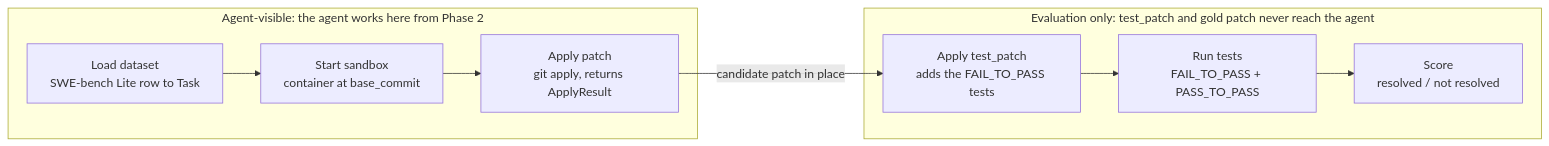
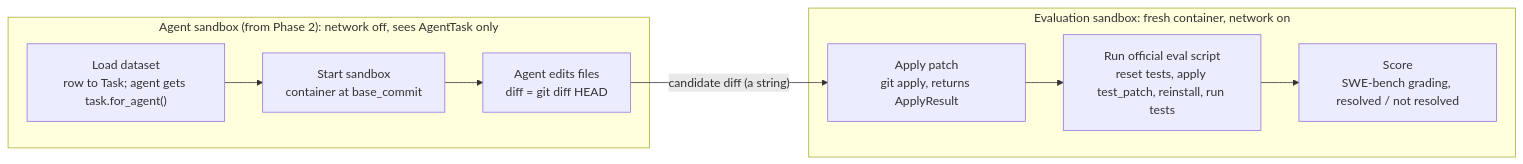
Before and after one commit to chuongtran01/coding-agent: the diagram in docs/PHASE1.md, drawn with Mermaid. The commit also changed other lines of this file and 2 other files, not shown here.

Commit message:
Update PHASE1, PLAN and README for Phase 1 completion

````diff
--- a/docs/PHASE1.md
+++ b/docs/PHASE1.md
@@ -37,12 +35,12 @@
 ```mermaid
 flowchart LR
-    subgraph agent["Agent-visible: the agent works here from Phase 2"]
-        A["Load dataset<br/>SWE-bench Lite row to Task"] --> B["Start sandbox<br/>container at base_commit"]
-        B --> C["Apply patch<br/>git apply, returns ApplyResult"]
+    subgraph agent["Agent sandbox (from Phase 2): network off, sees AgentTask only"]
+        A["Load dataset<br/>row to Task; agent gets task.for_agent()"] --> B["Start sandbox<br/>container at base_commit"]
+        B --> C["Agent edits files<br/>diff = git diff HEAD"]
     end
-    subgraph eval["Evaluation only: test_patch and gold patch never reach the agent"]
-        D["Apply test_patch<br/>adds the FAIL_TO_PASS tests"] --> E["Run tests<br/>FAIL_TO_PASS + PASS_TO_PASS"]
-        E --> F["Score<br/>resolved / not resolved"]
+    subgraph eval["Evaluation sandbox: fresh container, network on"]
+        D["Apply patch<br/>git apply, returns ApplyResult"] --> E["Run official eval script<br/>reset tests, apply test_patch, reinstall, run tests"]
+        E --> F["Score<br/>SWE-bench grading, resolved / not resolved"]
     end
-    C -- "candidate patch in place" --> D
+    C -- "candidate diff (a string)" --> D
 ```
````
